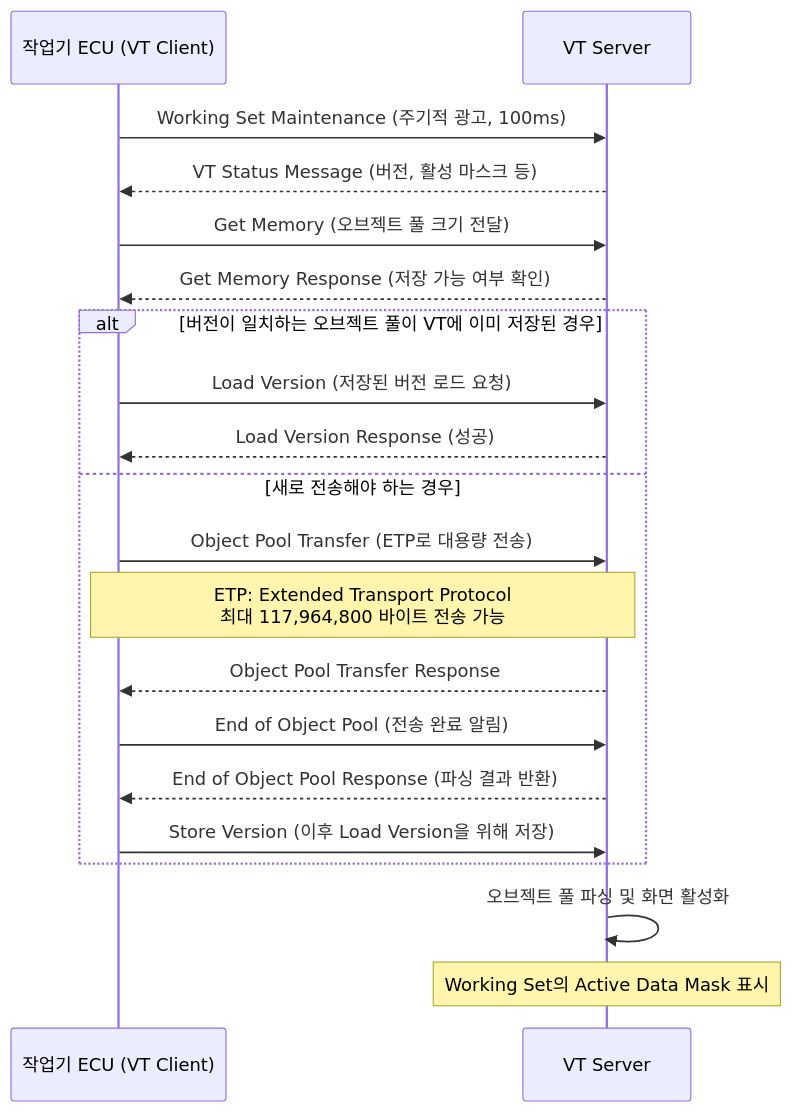
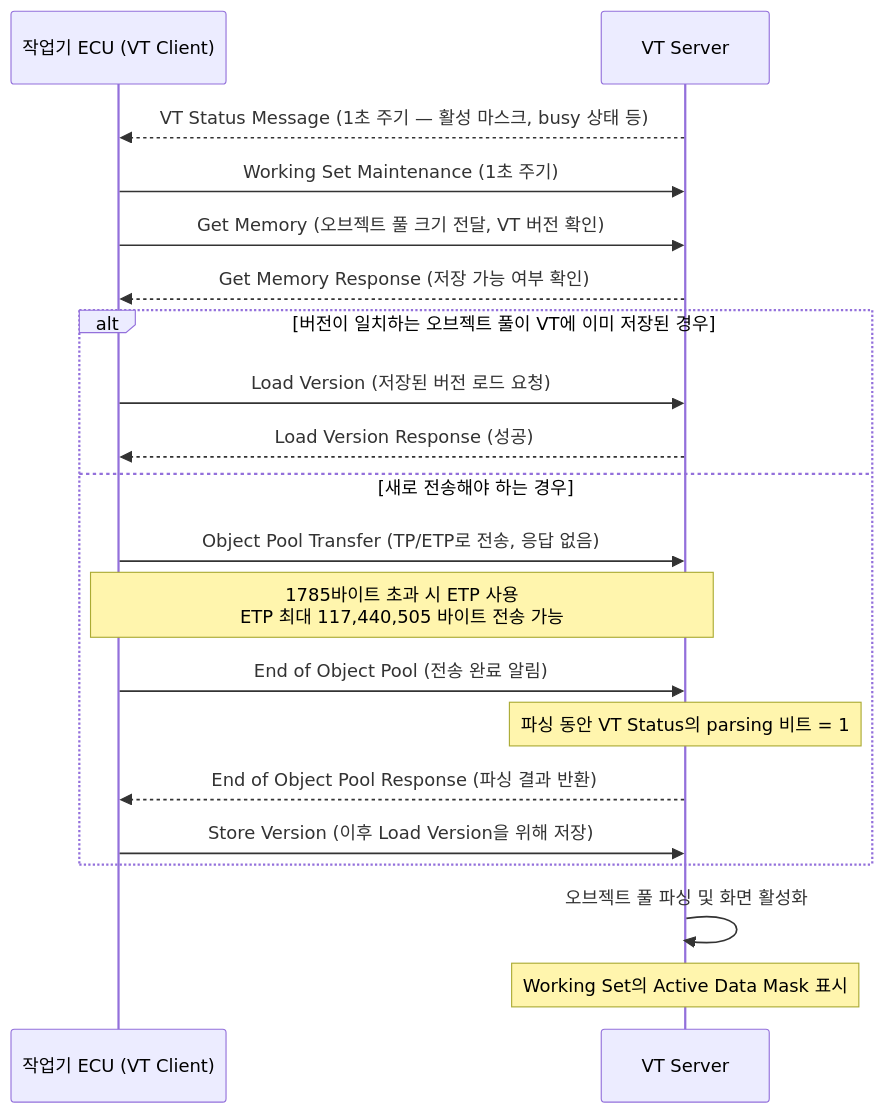
The second of 2 diagrams in docs/_study/isobus/16-vt-object-pool.md (hobeen-kim/hobeen-kim.github.io), drawn with Mermaid before and after one commit. The commit also changed other lines of this file and 18 other files, not shown here.

````diff
--- a/docs/_study/isobus/16-vt-object-pool.md
+++ b/docs/_study/isobus/16-vt-object-pool.md
@@ -161,26 +161,26 @@
 ```mermaid
 sequenceDiagram
     participant ECU as 작업기 ECU (VT Client)
     participant VT as VT Server
 
-    ECU->>VT: Working Set Maintenance (주기적 광고, 100ms)
-    VT-->>ECU: VT Status Message (버전, 활성 마스크 등)
+    VT-->>ECU: VT Status Message (1초 주기 — 활성 마스크, busy 상태 등)
+    ECU->>VT: Working Set Maintenance (1초 주기)
 
-    ECU->>VT: Get Memory (오브젝트 풀 크기 전달)
+    ECU->>VT: Get Memory (오브젝트 풀 크기 전달, VT 버전 확인)
     VT-->>ECU: Get Memory Response (저장 가능 여부 확인)
 
     alt 버전이 일치하는 오브젝트 풀이 VT에 이미 저장된 경우
         ECU->>VT: Load Version (저장된 버전 로드 요청)
         VT-->>ECU: Load Version Response (성공)
     else 새로 전송해야 하는 경우
-        ECU->>VT: Object Pool Transfer (ETP로 대용량 전송)
-        Note over ECU, VT: ETP: Extended Transport Protocol<br>최대 117,964,800 바이트 전송 가능
-        VT-->>ECU: Object Pool Transfer Response
+        ECU->>VT: Object Pool Transfer (TP/ETP로 전송, 응답 없음)
+        Note over ECU, VT: 1785바이트 초과 시 ETP 사용<br>ETP 최대 117,440,505 바이트 전송 가능
         ECU->>VT: End of Object Pool (전송 완료 알림)
+        Note over VT: 파싱 동안 VT Status의 parsing 비트 = 1
         VT-->>ECU: End of Object Pool Response (파싱 결과 반환)
         ECU->>VT: Store Version (이후 Load Version을 위해 저장)
     end
 
     VT->>VT: 오브젝트 풀 파싱 및 화면 활성화
     Note over VT: Working Set의 Active Data Mask 표시
 ```
````
